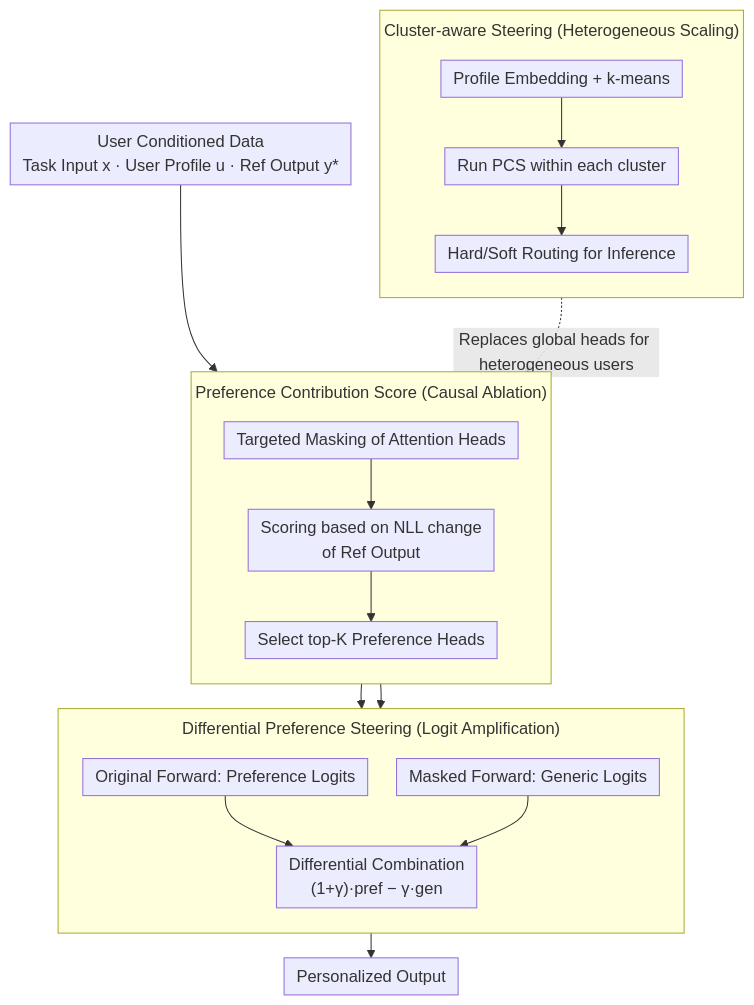
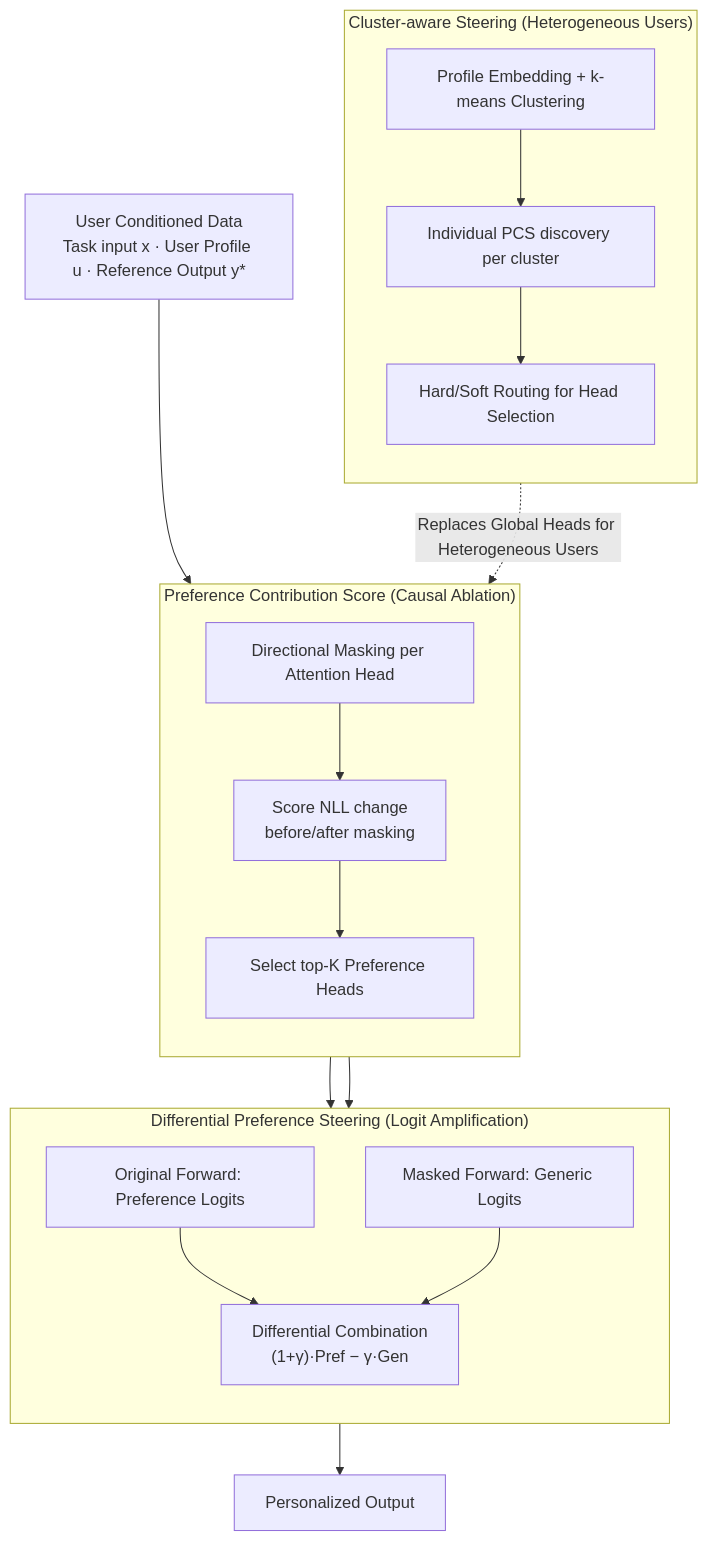
One commit to zhaoyang97/Paper-Notes-en changed the diagram in docs/ACL2026/interpretability/preference_heads_in_large_language_models_a_mechanistic_framework_for_interpreta.md. Above: the diagram before and after it, drawn with Mermaid. The commit also changed other lines of this file and 5084 other files, not shown here.

````diff
--- a/docs/ACL2026/interpretability/preference_heads_in_large_language_models_a_mechanistic_framework_for_interpreta.md
+++ b/docs/ACL2026/interpretability/preference_heads_in_large_language_models_a_mechanistic_framework_for_interpreta.md
@@ -46,27 +46,27 @@
 ```mermaid
-%%{init: {'flowchart': {'rankSpacing': 24, 'nodeSpacing': 28, 'padding': 6, 'wrappingWidth': 400, 'subGraphTitleMargin': {'top': 8, 'bottom': 16}}}}%%
-flowchart TD
-    A["User Conditioned Data<br/>Task Input x · User Profile u · Ref Output y*"]
+graph TD
+    A["User Conditioned Data<br/>Task input x · User Profile u · Reference Output y*"]
     subgraph PCS["Preference Contribution Score (Causal Ablation)"]
         direction TB
-        B["Targeted Masking of Attention Heads"] --> C["Scoring based on NLL change<br/>of Ref Output"]
+        B["Directional Masking per Attention Head"] --> C["Score NLL change <br/>before/after masking"]
         C --> D["Select top-K Preference Heads"]
     end
     subgraph DPS["Differential Preference Steering (Logit Amplification)"]
         direction TB
         E["Original Forward: Preference Logits"]
         F["Masked Forward: Generic Logits"]
-        E --> G["Differential Combination<br/>(1+γ)·pref − γ·gen"]
+        G["Differential Combination<br/>(1+γ)·Pref − γ·Gen"]
+        E --> G
         F --> G
     end
-    subgraph CLU["Cluster-aware Steering (Heterogeneous Scaling)"]
+    subgraph CLU["Cluster-aware Steering (Heterogeneous Users)"]
         direction TB
-        H["Profile Embedding + k-means"] --> I["Run PCS within each cluster"]
-        I --> J["Hard/Soft Routing for Inference"]
+        H["Profile Embedding + k-means Clustering"] --> I["Individual PCS discovery per cluster"]
+        I --> J["Hard/Soft Routing for Head Selection"]
     end
     A --> B
     D --> E
     D --> F
     G --> K["Personalized Output"]
-    CLU -.Replaces global heads for heterogeneous users.-> PCS
+    CLU -.Replaces Global Heads for Heterogeneous Users.-> PCS
 ```
````
